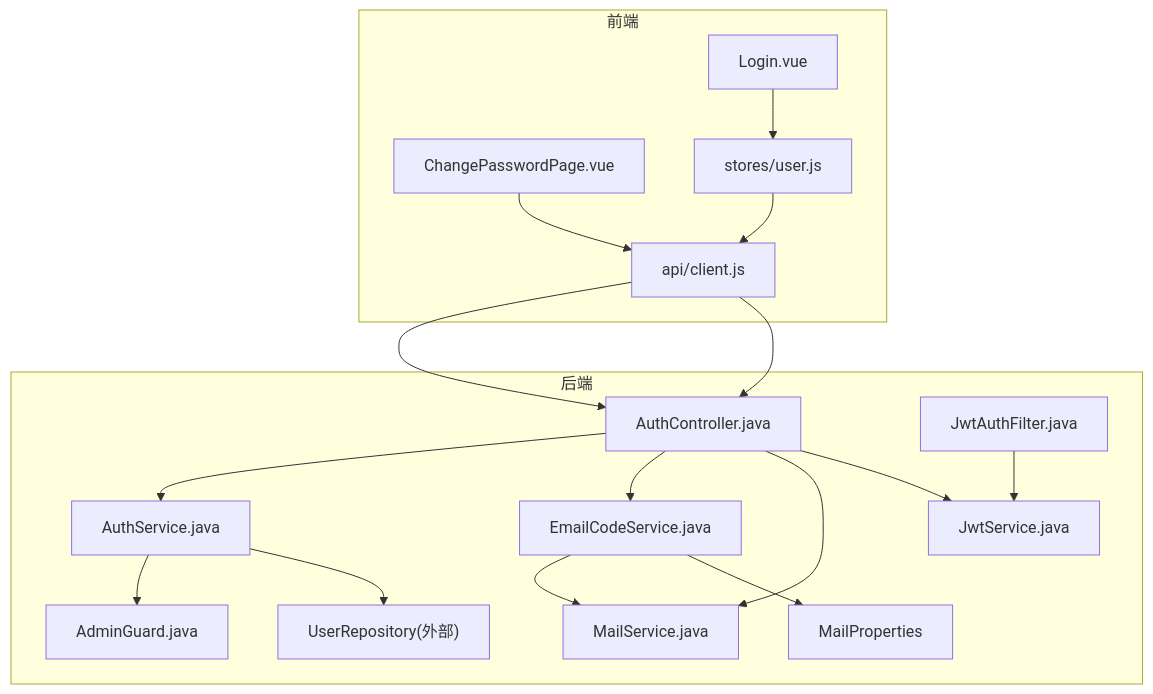
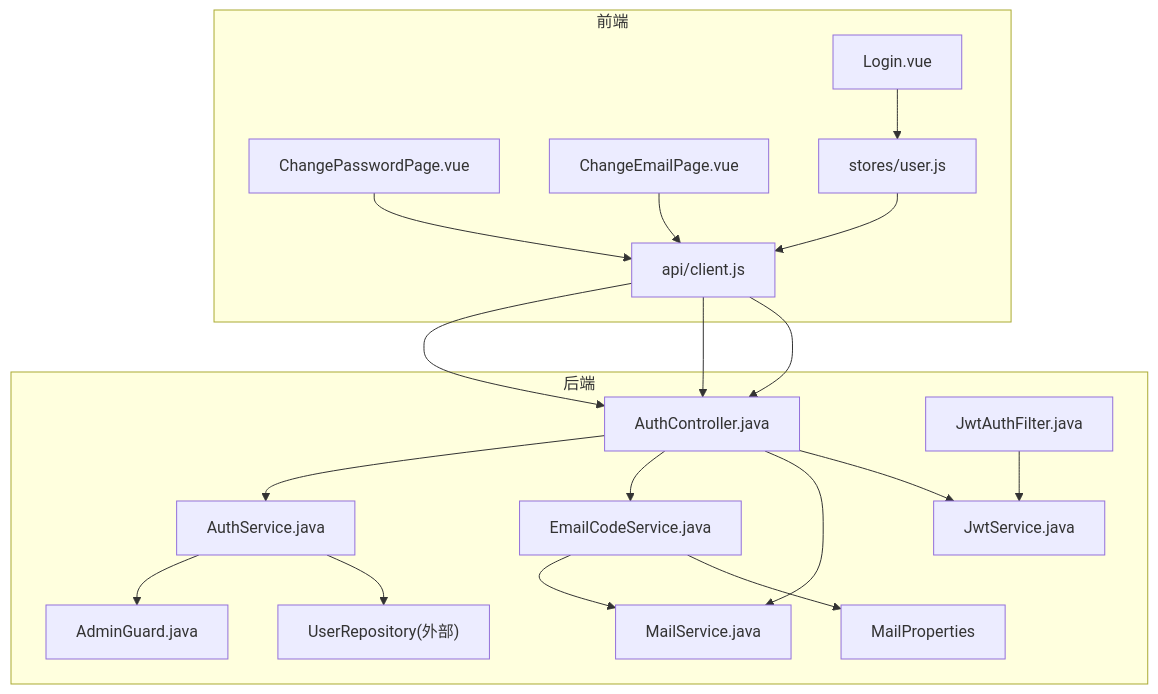
One commit to huangman881112/aiforip changed the first of 3 diagrams in .qoder/repowiki/zh/content/后端API文档/认证授权API.md. Above: the diagram before and after it, drawn with Mermaid. The commit also changed other lines of this file and 69 other files, not shown here.

````diff
--- a/.qoder/repowiki/zh/content/后端API文档/认证授权API.md
+++ b/.qoder/repowiki/zh/content/后端API文档/认证授权API.md
@@ -52,31 +54,33 @@
 ```mermaid
 graph TB
 subgraph "前端"
 A["Login.vue"]
 B["ChangePasswordPage.vue"]
-C["stores/user.js"]
-D["api/client.js"]
+C["ChangeEmailPage.vue"]
+D["stores/user.js"]
+E["api/client.js"]
 end
 subgraph "后端"
-E["AuthController.java"]
-F["AuthService.java"]
-G["JwtAuthFilter.java"]
-H["JwtService.java"]
-I["EmailCodeService.java"]
-J["MailService.java"]
-K["AdminGuard.java"]
-L["UserRepository(外部)"]
-M["MailProperties"]
+F["AuthController.java"]
+G["AuthService.java"]
+H["JwtAuthFilter.java"]
+I["JwtService.java"]
+J["EmailCodeService.java"]
+K["MailService.java"]
+L["AdminGuard.java"]
+M["UserRepository(外部)"]
+N["MailProperties"]
 end
-A --> C --> D --> E
-B --> D --> E
-E --> F
-E --> I
-E --> J
-E --> H
-G --> H
+A --> D --> E --> F
+B --> E --> F
+C --> E --> F
+F --> G
+F --> J
 F --> K
-F --> L
-I --> J
-I --> M
+F --> I
+H --> I
+G --> L
+G --> M
+J --> K
+J --> N
 ```
````
